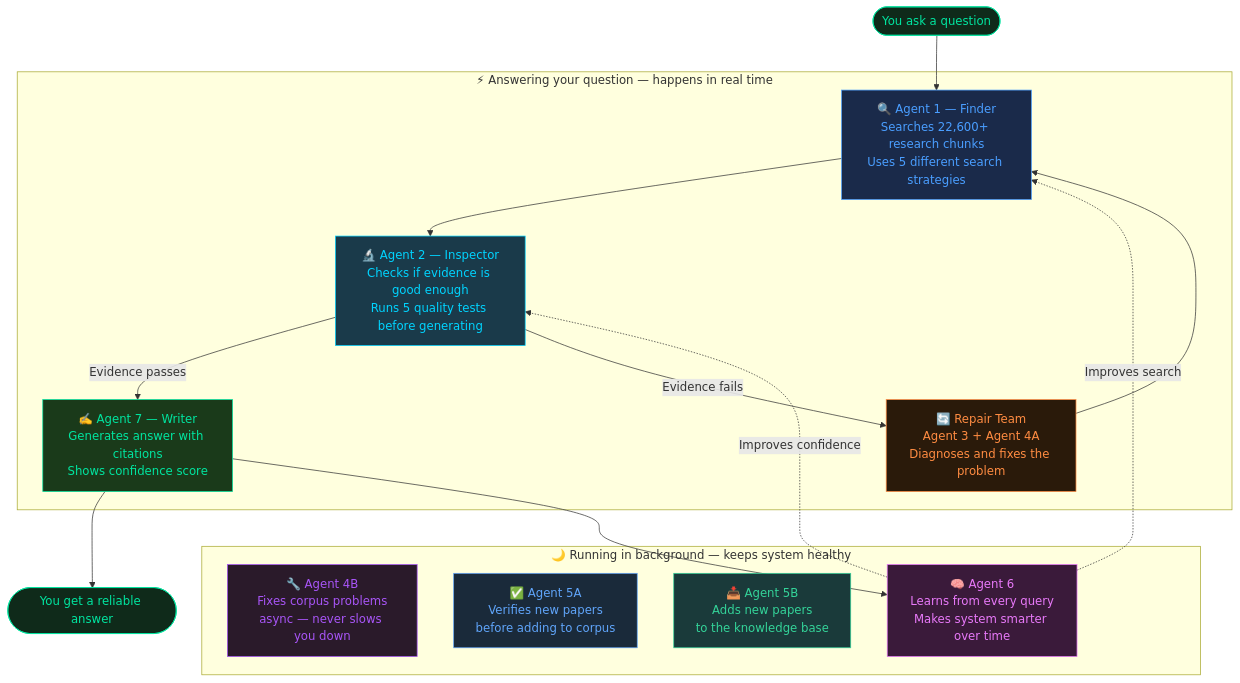
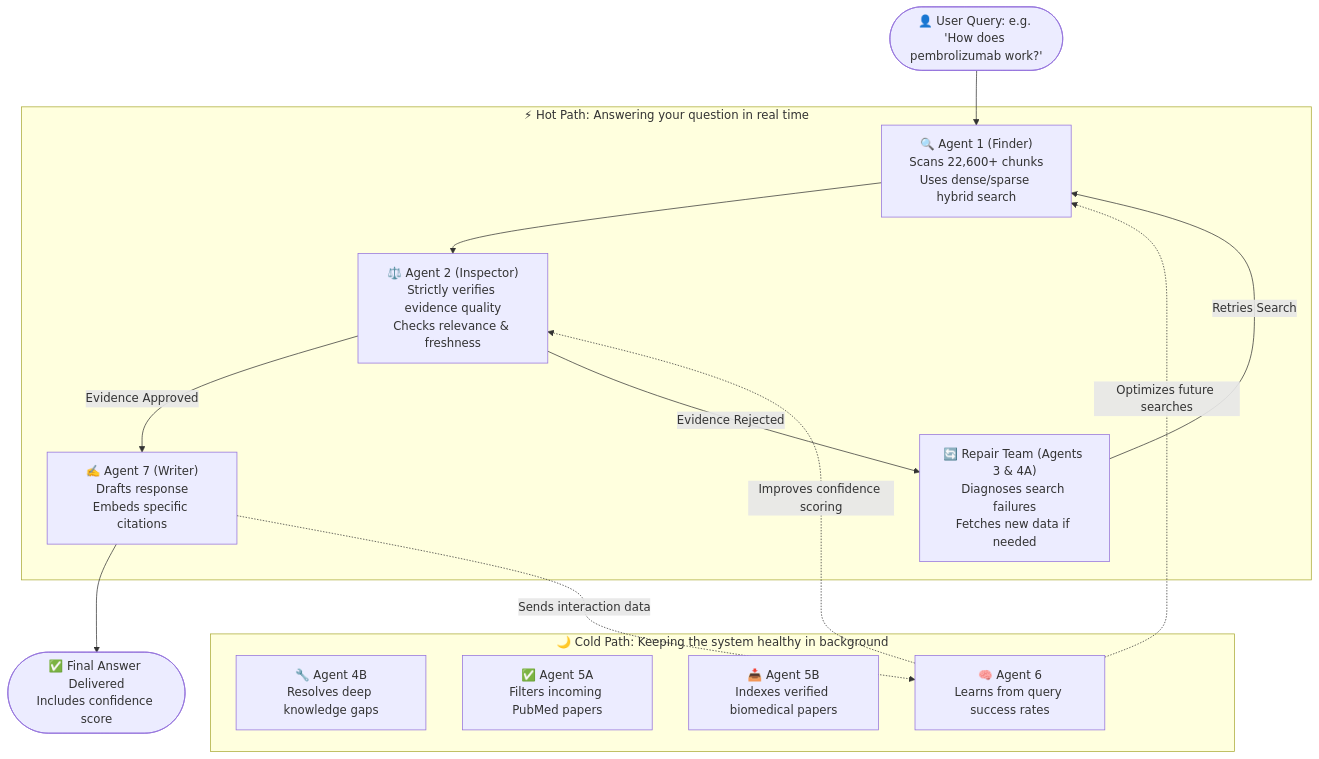
Before and after one commit to pavan939111/SelfLearning_Rag: the third of 8 diagrams in README.md, drawn with Mermaid. The commit also changed other lines of this file and 1 other file, not shown here.

Commit message:
docs: redesign mermaid diagrams for better colors and missing information

````diff
--- a/README.md
+++ b/README.md
@@ -88,35 +77,24 @@
 ```mermaid
 flowchart TD
-    USER([You ask a question]) --> A1
+    USER(["👤 User Query: e.g. 'How does pembrolizumab work?'"]) --> A1
 
-    subgraph HOT ["⚡ Answering your question — happens in real time"]
-        A1["🔍 Agent 1 — Finder\nSearches 22,600+ research chunks\nUses 5 different search strategies"]
-        A1 --> A2["🔬 Agent 2 — Inspector\nChecks if evidence is good enough\nRuns 5 quality tests before generating"]
-        A2 -->|Evidence passes| A7["✍️ Agent 7 — Writer\nGenerates answer with citations\nShows confidence score"]
-        A2 -->|Evidence fails| RC["🔄 Repair Team\nAgent 3 + Agent 4A\nDiagnoses and fixes the problem"]
-        RC --> A1
+    subgraph HOT ["⚡ Hot Path: Answering your question in real time"]
+        A1["🔍 Agent 1 (Finder)\nScans 22,600+ chunks\nUses dense/sparse hybrid search"]
+        A1 --> A2["⚖️ Agent 2 (Inspector)\nStrictly verifies evidence quality\nChecks relevance & freshness"]
+        A2 -->|"Evidence Approved"| A7["✍️ Agent 7 (Writer)\nDrafts response\nEmbeds specific citations"]
+        A2 -->|"Evidence Rejected"| RC["🔄 Repair Team (Agents 3 & 4A)\nDiagnoses search failures\nFetches new data if needed"]
+        RC -->|"Retries Search"| A1
     end
 
-    subgraph COLD ["🌙 Running in background — keeps system healthy"]
-        A4B["🔧 Agent 4B\nFixes corpus problems\nasync — never slows you down"]
-        A5A["✅ Agent 5A\nVerifies new papers\nbefore adding to corpus"]
-        A5B["📥 Agent 5B\nAdds new papers\nto the knowledge base"]
-        A6["🧠 Agent 6\nLearns from every query\nMakes system smarter over time"]
+    subgraph COLD ["🌙 Cold Path: Keeping the system healthy in background"]
+        A4B["🔧 Agent 4B\nResolves deep knowledge gaps"]
+        A5A["✅ Agent 5A\nFilters incoming PubMed papers"]
+        A5B["📥 Agent 5B\nIndexes verified biomedical papers"]
+        A6["🧠 Agent 6\nLearns from query success rates"]
     end
 
-    A7 --> ANSWER([You get a reliable answer])
-    A7 --> A6
-    A6 -.->|Improves search| A1
-    A6 -.->|Improves confidence| A2
-
-    style USER fill:#0f2a1a,stroke:#00e5a0,color:#00e5a0
-    style ANSWER fill:#0f2a1a,stroke:#00e5a0,color:#00e5a0
-    style A1 fill:#1a2a4a,stroke:#4a9eff,color:#4a9eff
-    style A2 fill:#1a3a4a,stroke:#00d4ff,color:#00d4ff
-    style A7 fill:#1a3a1a,stroke:#00e5a0,color:#00e5a0
-    style RC fill:#2a1a0a,stroke:#ff8c42,color:#ff8c42
-    style A4B fill:#2a1a2a,stroke:#a855f7,color:#a855f7
-    style A5A fill:#1a2a3a,stroke:#60a5fa,color:#60a5fa
-    style A5B fill:#1a3a3a,stroke:#34d399,color:#34d399
-    style A6 fill:#3a1a3a,stroke:#e879f9,color:#e879f9
+    A7 --> ANSWER(["✅ Final Answer Delivered\nIncludes confidence score"])
+    A7 -.->|"Sends interaction data"| A6
+    A6 -.->|"Optimizes future searches"| A1
+    A6 -.->|"Improves confidence scoring"| A2
 ```
````
